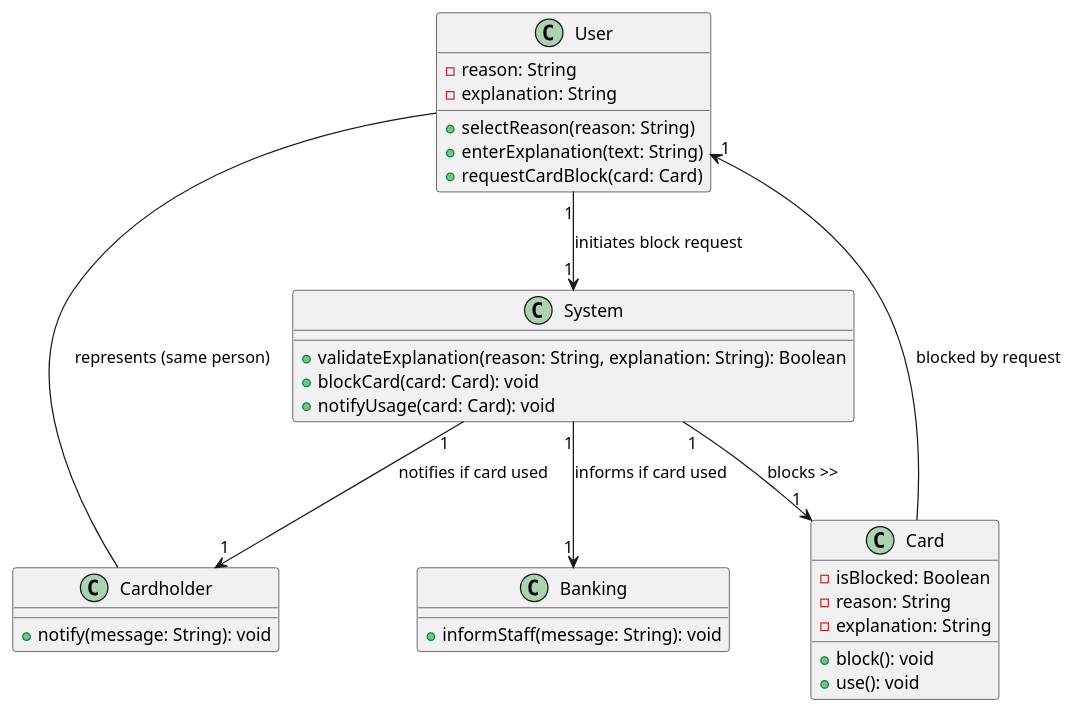
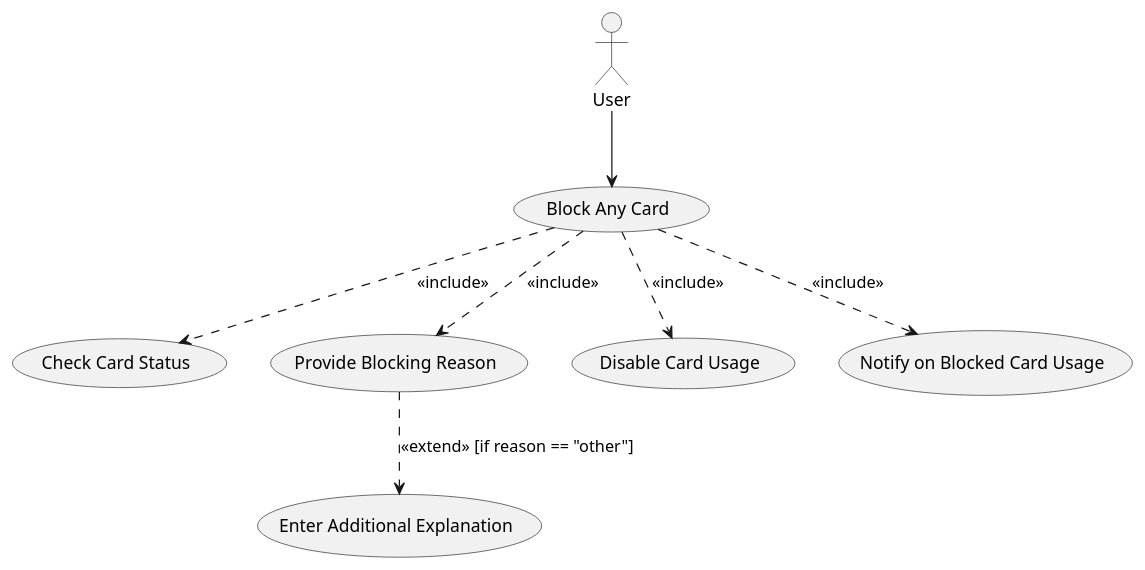
Before and after one commit to RayWP/pfsa-id: the diagram in survey-ud/gen-r-ent-o3-mini/R26_BlockCard_class_diagram.puml, drawn with PlantUML. The commit also changed 32 other files, not shown here.

Commit message:
generate all diagram

```diff
--- a/survey-ud/gen-r-ent-o3-mini/R26_BlockCard_class_diagram.puml
+++ b/survey-ud/gen-r-ent-o3-mini/R26_BlockCard_class_diagram.puml
@@ -1,47 +1,22 @@
 @startuml
-' Define classes
+actor User
 
-class User {
-  - reason: String
-  - explanation: String
-  + selectReason(reason: String)
-  + enterExplanation(text: String)
-  + requestCardBlock(card: Card)
-}
+' Main use case representing the complete process for blocking a card
+(User) --> (Block Any Card)
 
-class System {
-  + validateExplanation(reason: String, explanation: String): Boolean
-  + blockCard(card: Card): void
-  + notifyUsage(card: Card): void
-}
+' Include: Before blocking, the system must verify the card can be blocked.
+(Block Any Card) ..> (Check Card Status) : <<include>>
 
-class Card {
-  - isBlocked: Boolean
-  - reason: String
-  - explanation: String
-  + block(): void
-  + use(): void
-}
+' Include: The user must provide a reason for blocking the card.
+(Block Any Card) ..> (Provide Blocking Reason) : <<include>>
 
-class Banking {
-  + informStaff(message: String): void
-}
+' Extend: If the user selects "other," provide additional explanation.
+(Provide Blocking Reason) ..> (Enter Additional Explanation) : <<extend>> [if reason == "other"]
 
-class Cardholder {
-  + notify(message: String): void
-}
+' Include: Once validated, the system will disable the card immediately.
+(Block Any Card) ..> (Disable Card Usage) : <<include>>
 
-' Relationships
-
-User "1" --> "1" System : initiates block request
-System "1" --> "1" Card : blocks >>
-System "1" --> "1" Banking : informs if card used
-System "1" --> "1" Cardholder : notifies if card used
-
-' Additional relation: User is associated with Cardholder
-User -- Cardholder : represents (same person)
-
-' Optional: Card has a reason attribute that comes from User input.
-Card --> "1" User : blocked by request
+' Additional optional use case: if a blocked card is used, notify banking staff.
+(Block Any Card) ..> (Notify on Blocked Card Usage) : <<include>>
 
 @enduml
```
